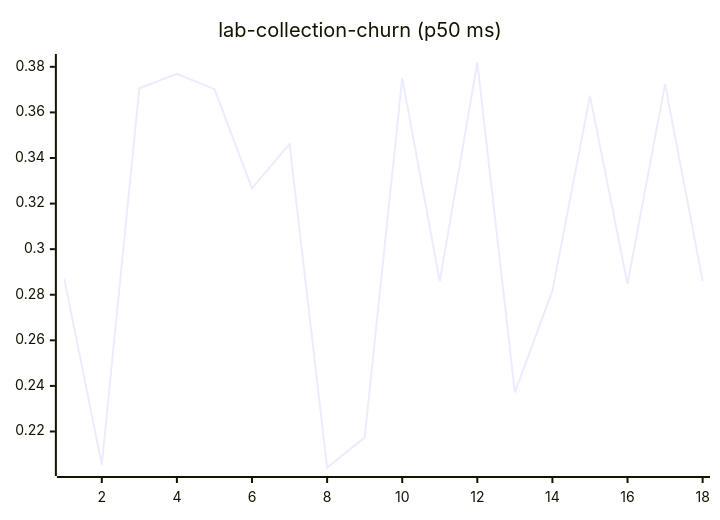
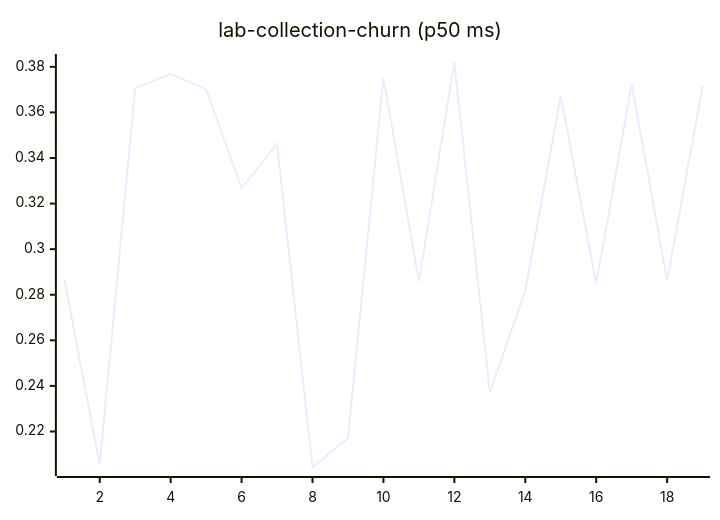
Diagram 11 of 27 in README.md (josha/Facet), drawn with Mermaid before and after one commit. The commit also changed other lines of this file and 2 other files, not shown here.

````diff
--- a/README.md
+++ b/README.md
@@ -133,6 +133,6 @@
 ```mermaid
 xychart-beta
     title "lab-collection-churn (p50 ms)"
-    x-axis 1 --> 18
-    line [0.2870, 0.2054, 0.3706, 0.3769, 0.3702, 0.3267, 0.3462, 0.2042, 0.2173, 0.3750, 0.2859, 0.3819, 0.2371, 0.2818, 0.3673, 0.2848, 0.3724, 0.2861]
+    x-axis 1 --> 19
+    line [0.2870, 0.2054, 0.3706, 0.3769, 0.3702, 0.3267, 0.3462, 0.2042, 0.2173, 0.3750, 0.2859, 0.3819, 0.2371, 0.2818, 0.3673, 0.2848, 0.3724, 0.2861, 0.3715]
 ```
````
